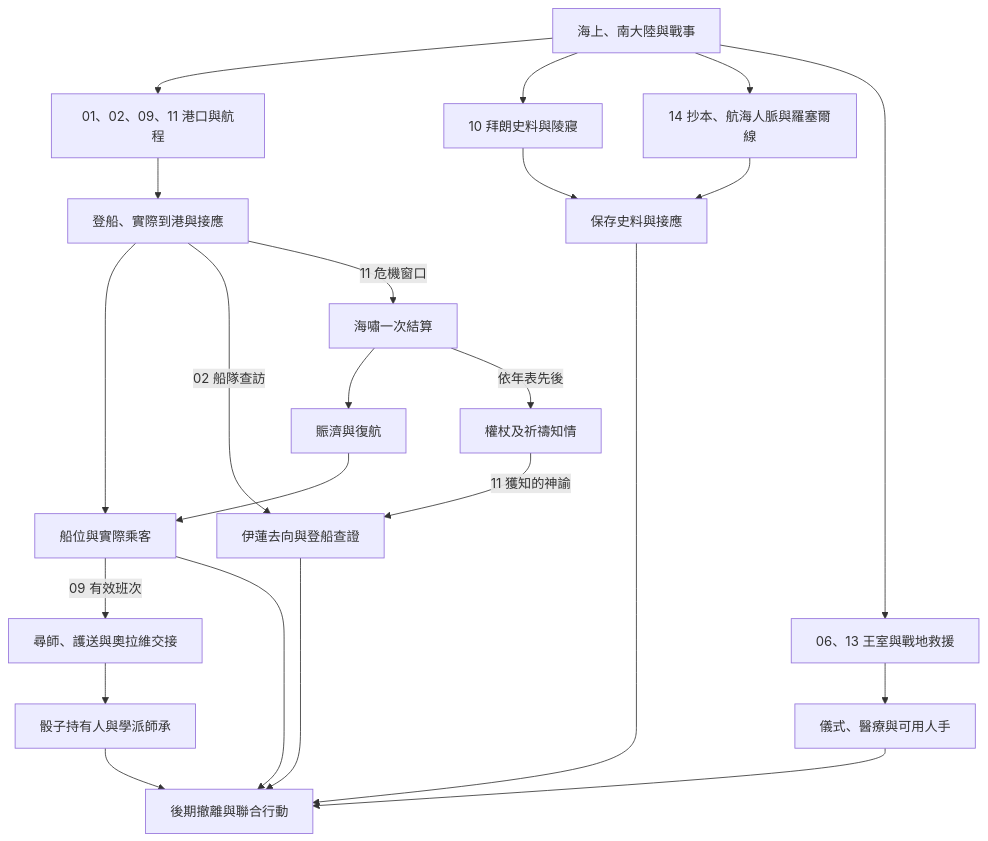
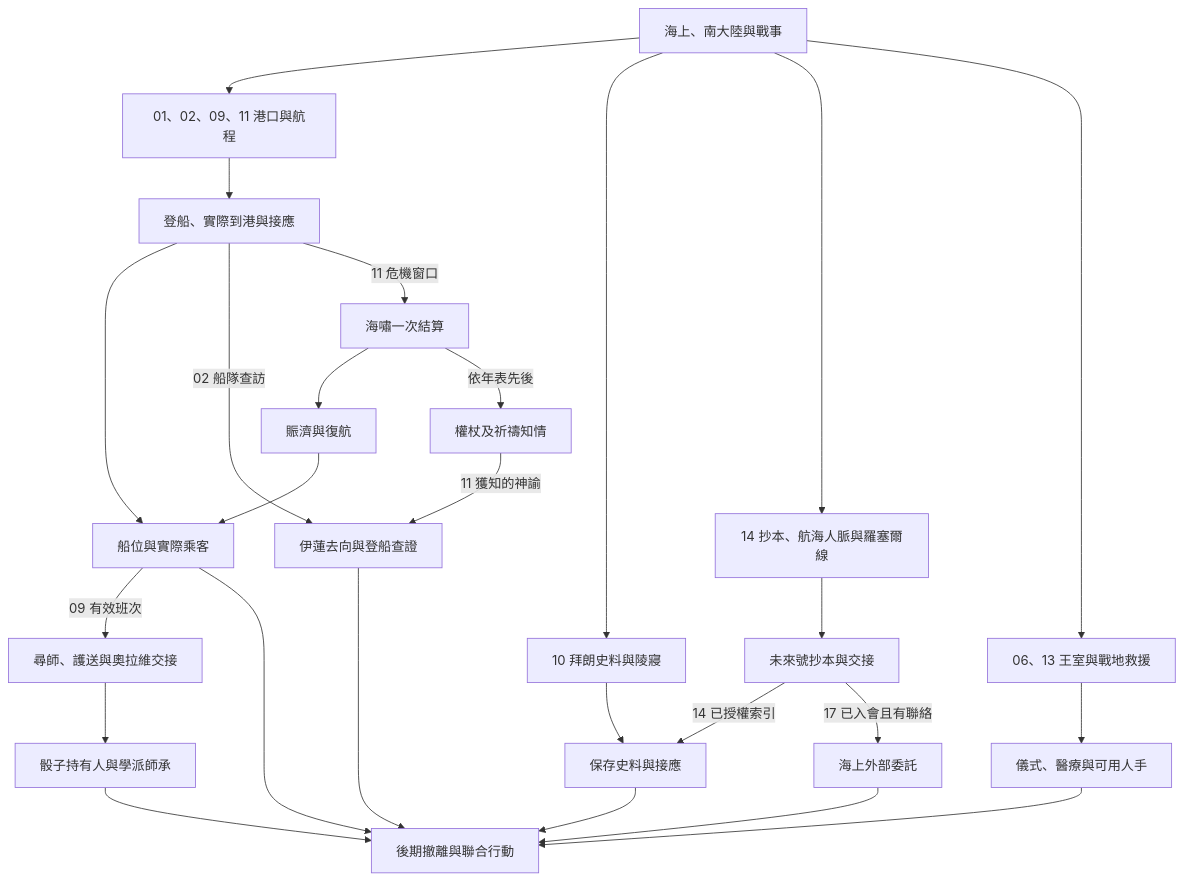
One commit to dragon961204-cmd/- changed the fifth of 7 diagrams in game/events/part_one_story_tree.md. Above: the diagram before and after it, drawn with Mermaid. The commit also changed other lines of this file, not shown here.

Commit message:
第十七批嘉德麗雅與未來號 part_one_story_tree.md

````diff
--- a/game/events/part_one_story_tree.md
+++ b/game/events/part_one_story_tree.md
@@ -93,25 +93,28 @@
 ```mermaid
 flowchart TD
     A["海上、南大陸與戰事"] --> B["01、02、09、11 港口與航程"]
     A --> C["10 拜朗史料與陵寢"]
     A --> D["14 抄本、航海人脈與羅塞爾線"]
     A --> E["06、13 王室與戰地救援"]
     B --> J["登船、實際到港與接應"]
     J --> F["船位與實際乘客"]
     F -->|"09 有效班次"| O["尋師、護送與奧拉維交接"]
     O --> P["骰子持有人與學派師承"]
     P --> I
     J -->|"02 船隊查訪"| N["伊蓮去向與登船查證"]
     J -->|"11 危機窗口"| K["海嘯一次結算"]
     K --> L["賑濟與復航"]
     K -->|"依年表先後"| M["權杖及祈禱知情"]
     L --> F
     M -->|"11 獲知的神諭"| N
     N --> I
     C --> G["保存史料與接應"]
-    D --> G
+    D --> Q["未來號抄本與交接"]
+    Q -->|"14 已授權索引"| G
+    Q -->|"17 已入會且有聯絡"| R["海上外部委託"]
+    R --> I
     E --> H["儀式、醫療與可用人手"]
     F --> I["後期撤離與聯合行動"]
     G --> I
     H --> I
 ```
````
